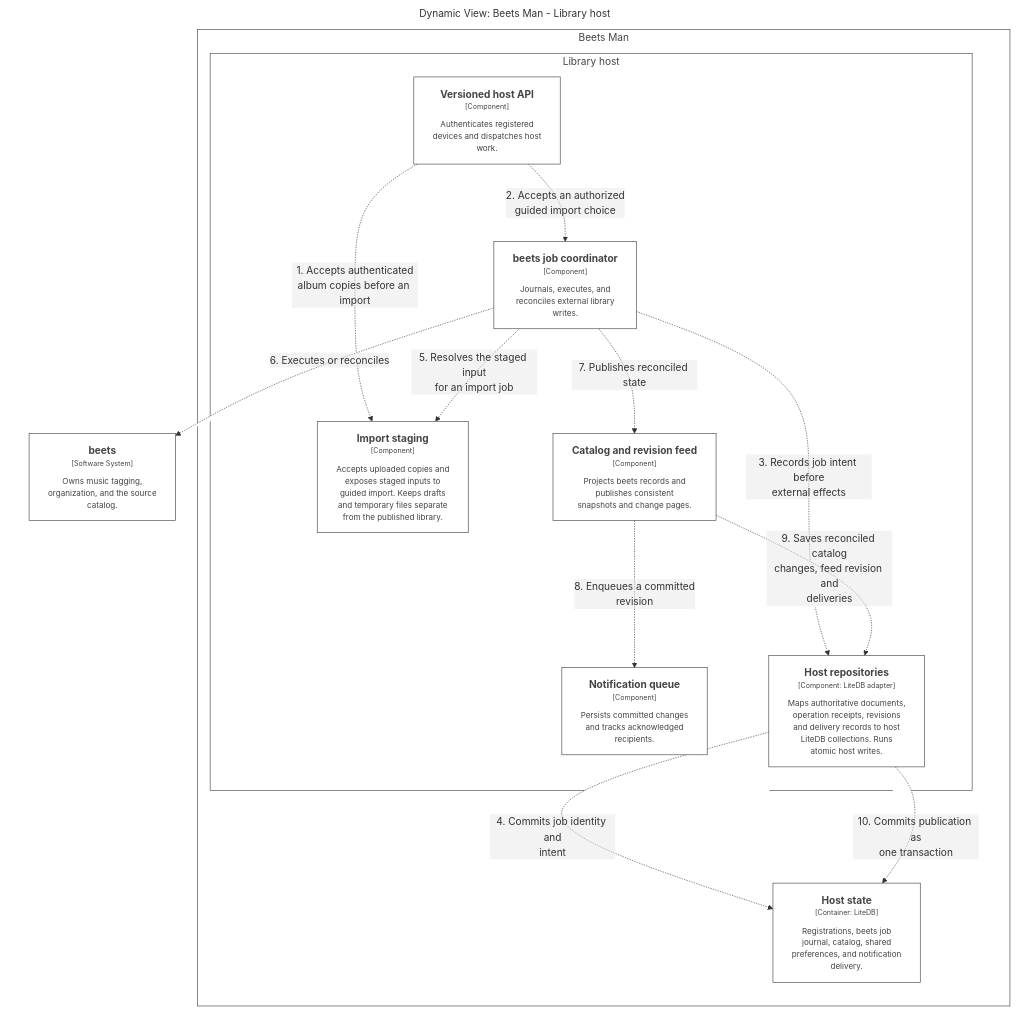
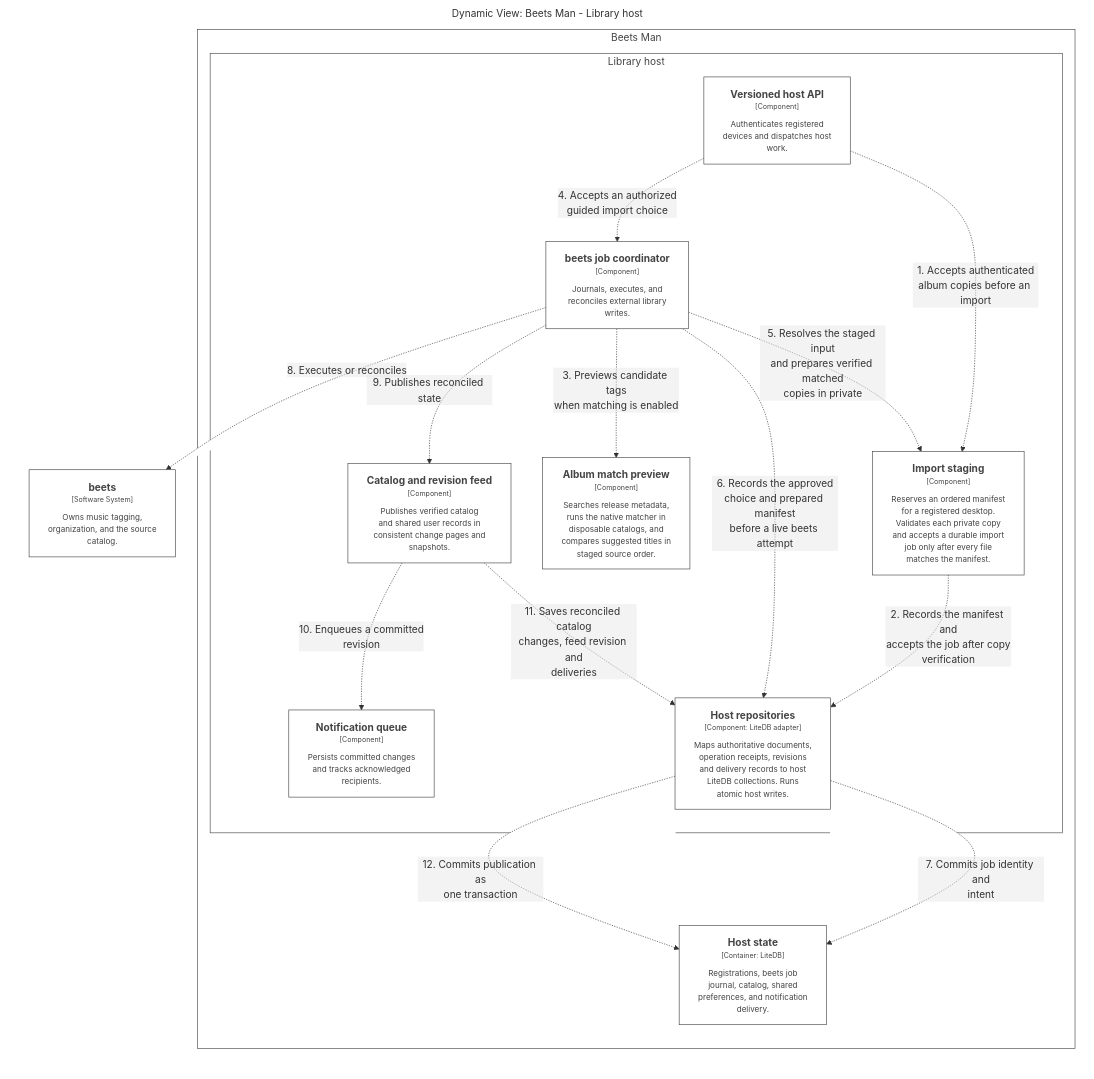
Before and after one commit to sharpninja/beets-man: diagram 12 of 13 in docs/Project/wiki/github/C4-Views.md, drawn with Mermaid. The commit also changed other lines of this file and 486 other files, not shown here.

````diff
--- a/docs/Project/wiki/github/C4-Views.md
+++ b/docs/Project/wiki/github/C4-Views.md
@@ -660,52 +880,56 @@
 ```mermaid
 graph LR
   linkStyle default fill:#ffffff
 
   subgraph diagram ["Dynamic View: Beets Man - Library host"]
     style diagram fill:#ffffff,stroke:#ffffff
 
     2["<div style='font-weight: bold'>beets</div><div style='font-size: 70%; margin-top: 0px'>[Software System]</div><div style='font-size: 80%; margin-top:10px'>Owns music tagging,<br />organization, and the source<br />catalog.</div>"]
     style 2 fill:#ffffff,stroke:#444444,color:#444444
 
-    subgraph 6 ["Beets Man"]
-      style 6 fill:#ffffff,stroke:#444444,color:#444444
+    subgraph 7 ["Beets Man"]
+      style 7 fill:#ffffff,stroke:#444444,color:#444444
 
-      subgraph 26 ["Library host"]
-        style 26 fill:#ffffff,stroke:#444444,color:#444444
+      subgraph 39 ["Library host"]
+        style 39 fill:#ffffff,stroke:#444444,color:#444444
 
-        28["<div style='font-weight: bold'>Versioned host API</div><div style='font-size: 70%; margin-top: 0px'>[Component]</div><div style='font-size: 80%; margin-top:10px'>Authenticates registered<br />devices and dispatches host<br />work.</div>"]
-        style 28 fill:#ffffff,stroke:#444444,color:#444444
-        29["<div style='font-weight: bold'>Import staging</div><div style='font-size: 70%; margin-top: 0px'>[Component]</div><div style='font-size: 80%; margin-top:10px'>Accepts uploaded copies and<br />exposes staged inputs to<br />guided import. Keeps drafts<br />and temporary files separate<br />from the published library.</div>"]
-        style 29 fill:#ffffff,stroke:#444444,color:#444444
-        30["<div style='font-weight: bold'>beets job coordinator</div><div style='font-size: 70%; margin-top: 0px'>[Component]</div><div style='font-size: 80%; margin-top:10px'>Journals, executes, and<br />reconciles external library<br />writes.</div>"]
-        style 30 fill:#ffffff,stroke:#444444,color:#444444
-        31["<div style='font-weight: bold'>Catalog and revision feed</div><div style='font-size: 70%; margin-top: 0px'>[Component]</div><div style='font-size: 80%; margin-top:10px'>Projects beets records and<br />publishes consistent<br />snapshots and change pages.</div>"]
-        style 31 fill:#ffffff,stroke:#444444,color:#444444
-        32["<div style='font-weight: bold'>Notification queue</div><div style='font-size: 70%; margin-top: 0px'>[Component]</div><div style='font-size: 80%; margin-top:10px'>Persists committed changes<br />and tracks acknowledged<br />recipients.</div>"]
-        style 32 fill:#ffffff,stroke:#444444,color:#444444
-        37["<div style='font-weight: bold'>Host repositories</div><div style='font-size: 70%; margin-top: 0px'>[Component: LiteDB adapter]</div><div style='font-size: 80%; margin-top:10px'>Maps authoritative documents,<br />operation receipts, revisions<br />and delivery records to host<br />LiteDB collections. Runs<br />atomic host writes.</div>"]
-        style 37 fill:#ffffff,stroke:#444444,color:#444444
+        41["<div style='font-weight: bold'>Versioned host API</div><div style='font-size: 70%; margin-top: 0px'>[Component]</div><div style='font-size: 80%; margin-top:10px'>Authenticates registered<br />devices and dispatches host<br />work.</div>"]
+        style 41 fill:#ffffff,stroke:#444444,color:#444444
+        42["<div style='font-weight: bold'>Import staging</div><div style='font-size: 70%; margin-top: 0px'>[Component]</div><div style='font-size: 80%; margin-top:10px'>Reserves an ordered manifest<br />for a registered desktop.<br />Validates each private copy<br />and accepts a durable import<br />job only after every file<br />matches the manifest.</div>"]
+        style 42 fill:#ffffff,stroke:#444444,color:#444444
+        43["<div style='font-weight: bold'>beets job coordinator</div><div style='font-size: 70%; margin-top: 0px'>[Component]</div><div style='font-size: 80%; margin-top:10px'>Journals, executes, and<br />reconciles external library<br />writes.</div>"]
+        style 43 fill:#ffffff,stroke:#444444,color:#444444
+        53["<div style='font-weight: bold'>Album match preview</div><div style='font-size: 70%; margin-top: 0px'>[Component]</div><div style='font-size: 80%; margin-top:10px'>Searches release metadata,<br />runs the native matcher in<br />disposable catalogs, and<br />compares suggested titles in<br />staged source order.</div>"]
+        style 53 fill:#ffffff,stroke:#444444,color:#444444
+        54["<div style='font-weight: bold'>Catalog and revision feed</div><div style='font-size: 70%; margin-top: 0px'>[Component]</div><div style='font-size: 80%; margin-top:10px'>Publishes verified catalog<br />and shared user records in<br />consistent change pages and<br />snapshots.</div>"]
+        style 54 fill:#ffffff,stroke:#444444,color:#444444
+        58["<div style='font-weight: bold'>Notification queue</div><div style='font-size: 70%; margin-top: 0px'>[Component]</div><div style='font-size: 80%; margin-top:10px'>Persists committed changes<br />and tracks acknowledged<br />recipients.</div>"]
+        style 58 fill:#ffffff,stroke:#444444,color:#444444
+        63["<div style='font-weight: bold'>Host repositories</div><div style='font-size: 70%; margin-top: 0px'>[Component: LiteDB adapter]</div><div style='font-size: 80%; margin-top:10px'>Maps authoritative documents,<br />operation receipts, revisions<br />and delivery records to host<br />LiteDB collections. Runs<br />atomic host writes.</div>"]
+        style 63 fill:#ffffff,stroke:#444444,color:#444444
       end
 
-      38["<div style='font-weight: bold'>Host state</div><div style='font-size: 70%; margin-top: 0px'>[Container: LiteDB]</div><div style='font-size: 80%; margin-top:10px'>Registrations, beets job<br />journal, catalog, shared<br />preferences, and notification<br />delivery.</div>"]
-      style 38 fill:#ffffff,stroke:#444444,color:#444444
+      64["<div style='font-weight: bold'>Host state</div><div style='font-size: 70%; margin-top: 0px'>[Container: LiteDB]</div><div style='font-size: 80%; margin-top:10px'>Registrations, beets job<br />journal, catalog, shared<br />preferences, and notification<br />delivery.</div>"]
+      style 64 fill:#ffffff,stroke:#444444,color:#444444
     end
 
     2["<div style='font-weight: bold'>beets</div><div style='font-size: 70%; margin-top: 0px'>[Software System]</div><div style='font-size: 80%; margin-top:10px'>Owns music tagging,<br />organization, and the source<br />catalog.</div>"]
     style 2 fill:#ffffff,stroke:#444444,color:#444444
-    38["<div style='font-weight: bold'>Host state</div><div style='font-size: 70%; margin-top: 0px'>[Container: LiteDB]</div><div style='font-size: 80%; margin-top:10px'>Registrations, beets job<br />journal, catalog, shared<br />preferences, and notification<br />delivery.</div>"]
-    style 38 fill:#ffffff,stroke:#444444,color:#444444
+    64["<div style='font-weight: bold'>Host state</div><div style='font-size: 70%; margin-top: 0px'>[Container: LiteDB]</div><div style='font-size: 80%; margin-top:10px'>Registrations, beets job<br />journal, catalog, shared<br />preferences, and notification<br />delivery.</div>"]
+    style 64 fill:#ffffff,stroke:#444444,color:#444444
 
-    28-. "<div>1. Accepts authenticated<br />album copies before an import</div><div style='font-size: 70%'></div>" .->29
-    28-. "<div>2. Accepts an authorized<br />guided import choice</div><div style='font-size: 70%'></div>" .->30
-    30-. "<div>3. Records job intent before<br />external effects</div><div style='font-size: 70%'></div>" .->37
-    37-. "<div>4. Commits job identity and<br />intent</div><div style='font-size: 70%'></div>" .->38
-    30-. "<div>5. Resolves the staged input<br />for an import job</div><div style='font-size: 70%'></div>" .->29
-    30-. "<div>6. Executes or reconciles</div><div style='font-size: 70%'></div>" .->2
-    30-. "<div>7. Publishes reconciled state</div><div style='font-size: 70%'></div>" .->31
-    31-. "<div>8. Enqueues a committed<br />revision</div><div style='font-size: 70%'></div>" .->32
-    31-. "<div>9. Saves reconciled catalog<br />changes, feed revision and<br />deliveries</div><div style='font-size: 70%'></div>" .->37
-    37-. "<div>10. Commits publication as<br />one transaction</div><div style='font-size: 70%'></div>" .->38
+    41-. "<div>1. Accepts authenticated<br />album copies before an import</div><div style='font-size: 70%'></div>" .->42
+    42-. "<div>2. Records the manifest and<br />accepts the job after copy<br />verification</div><div style='font-size: 70%'></div>" .->63
+    43-. "<div>3. Previews candidate tags<br />when matching is enabled</div><div style='font-size: 70%'></div>" .->53
+    41-. "<div>4. Accepts an authorized<br />guided import choice</div><div style='font-size: 70%'></div>" .->43
+    43-. "<div>5. Resolves the staged input<br />and prepares verified matched<br />copies in private</div><div style='font-size: 70%'></div>" .->42
+    43-. "<div>6. Records the approved<br />choice and prepared manifest<br />before a live beets attempt</div><div style='font-size: 70%'></div>" .->63
+    63-. "<div>7. Commits job identity and<br />intent</div><div style='font-size: 70%'></div>" .->64
+    43-. "<div>8. Executes or reconciles</div><div style='font-size: 70%'></div>" .->2
+    43-. "<div>9. Publishes reconciled state</div><div style='font-size: 70%'></div>" .->54
+    54-. "<div>10. Enqueues a committed<br />revision</div><div style='font-size: 70%'></div>" .->58
+    54-. "<div>11. Saves reconciled catalog<br />changes, feed revision and<br />deliveries</div><div style='font-size: 70%'></div>" .->63
+    63-. "<div>12. Commits publication as<br />one transaction</div><div style='font-size: 70%'></div>" .->64
 
   end
 ```
````
